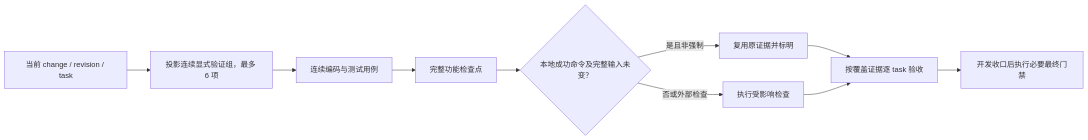
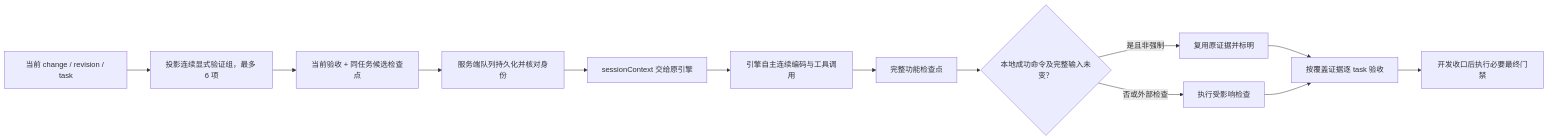
One commit to exception-coder/kai-toolbox changed the eighth of 8 diagrams in docs/ai-coding-architecture.md. Above: the diagram before and after it, drawn with Mermaid. The commit also changed other lines of this file and 25 other files, not shown here.

````diff
--- a/docs/ai-coding-architecture.md
+++ b/docs/ai-coding-architecture.md
@@ -395,10 +399,13 @@
 ```mermaid
 flowchart LR
     SNAP["当前 change / revision / task"] --> GROUP["投影连续显式验证组，最多 6 项"]
-    GROUP --> CODE["连续编码与测试用例"] --> CHECK["完整功能检查点"]
+    GROUP --> HANDOFF["当前验收 + 同任务候选检查点"]
+    HANDOFF --> QUEUE["服务端队列持久化并核对身份"]
+    QUEUE --> ENGINE["sessionContext 交给原引擎"]
+    ENGINE --> CODE["引擎自主连续编码与工具调用"] --> CHECK["完整功能检查点"]
     CHECK --> MATCH{"本地成功命令及完整输入未变？"}
     MATCH -->|是且非强制| REUSE["复用原证据并标明"]
     MATCH -->|否或外部检查| RUN["执行受影响检查"]
     REUSE --> ACCEPT["按覆盖证据逐 task 验收"]
     RUN --> ACCEPT --> FINAL["开发收口后执行必要最终门禁"]
 ```
````
